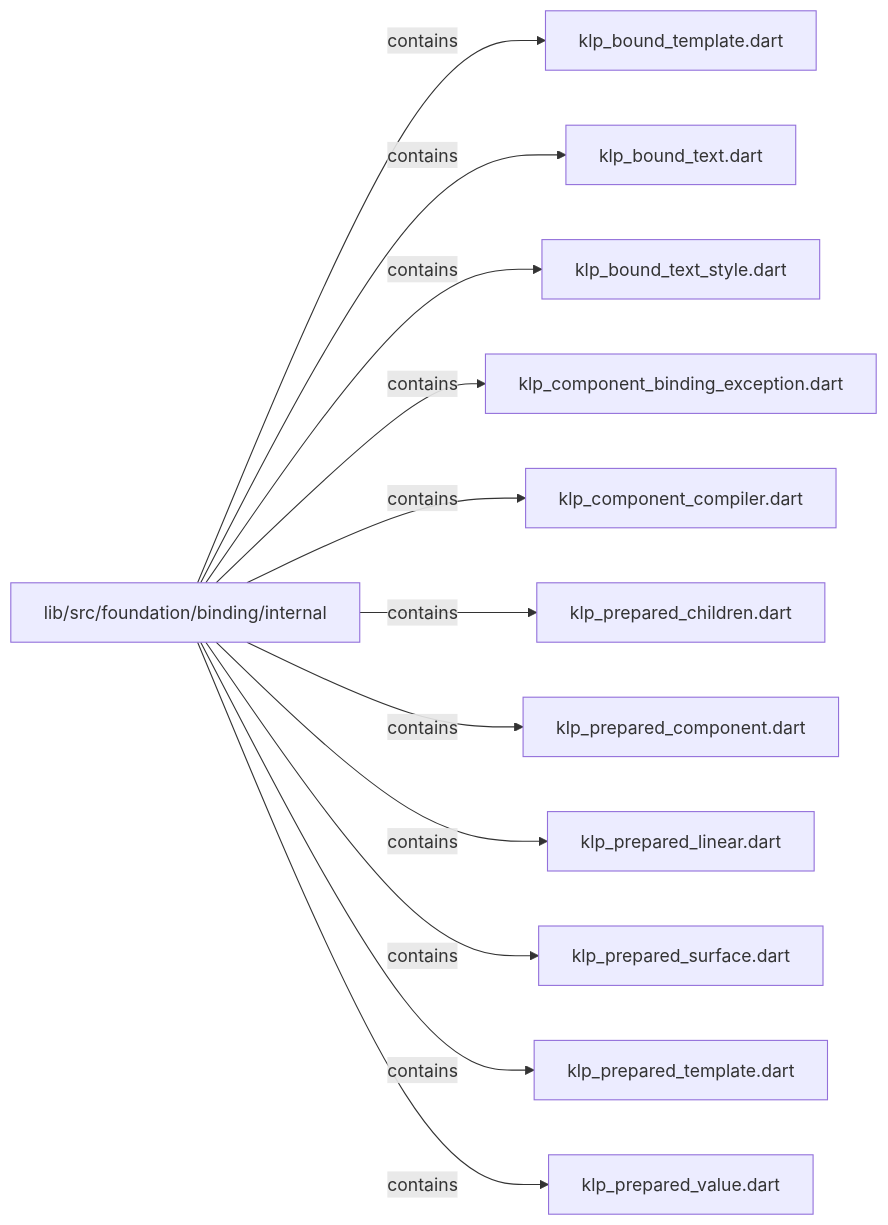
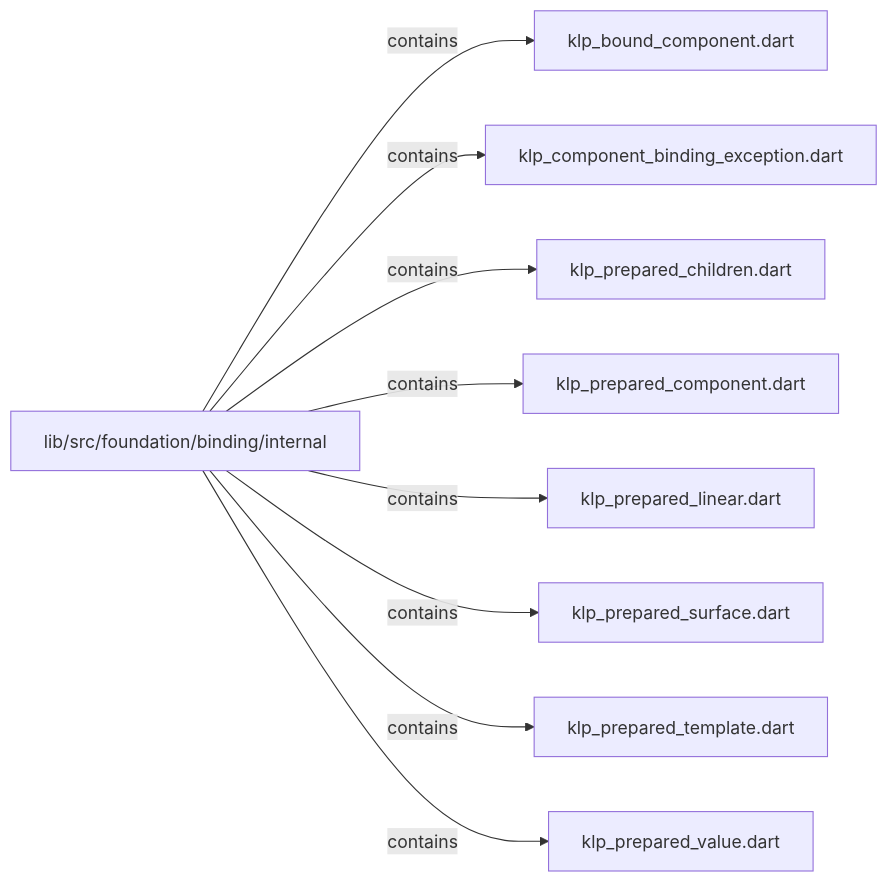
One commit to MiuDog/Kallopis changed the second of 2 diagrams in docs/architecture/src/foundation/binding/internal/README.md. Above: the diagram before and after it, drawn with Mermaid. The commit also changed other lines of this file and 9688 other files, not shown here.

Commit message:
Prepare isolated Flow F2 peer baseline

````diff
--- a/docs/architecture/src/foundation/binding/internal/README.md
+++ b/docs/architecture/src/foundation/binding/internal/README.md
@@ -140,26 +53,20 @@
 ```mermaid
 flowchart LR
 	n0["lib/src/foundation/binding/internal"]
-	n1["klp_bound_template.dart"]
-	n2["klp_bound_text.dart"]
-	n3["klp_bound_text_style.dart"]
-	n4["klp_component_binding_exception.dart"]
-	n5["klp_component_compiler.dart"]
-	n6["klp_prepared_children.dart"]
-	n7["klp_prepared_component.dart"]
-	n8["klp_prepared_linear.dart"]
-	n9["klp_prepared_surface.dart"]
-	n10["klp_prepared_template.dart"]
-	n11["klp_prepared_value.dart"]
+	n1["klp_bound_component.dart"]
+	n2["klp_component_binding_exception.dart"]
+	n3["klp_prepared_children.dart"]
+	n4["klp_prepared_component.dart"]
+	n5["klp_prepared_linear.dart"]
+	n6["klp_prepared_surface.dart"]
+	n7["klp_prepared_template.dart"]
+	n8["klp_prepared_value.dart"]
 	n0 -->|"contains"| n1
 	n0 -->|"contains"| n2
 	n0 -->|"contains"| n3
 	n0 -->|"contains"| n4
 	n0 -->|"contains"| n5
 	n0 -->|"contains"| n6
 	n0 -->|"contains"| n7
 	n0 -->|"contains"| n8
-	n0 -->|"contains"| n9
-	n0 -->|"contains"| n10
-	n0 -->|"contains"| n11
 ```
````
